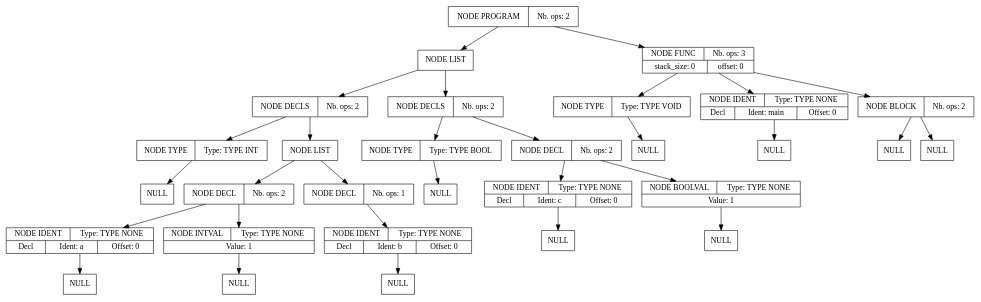
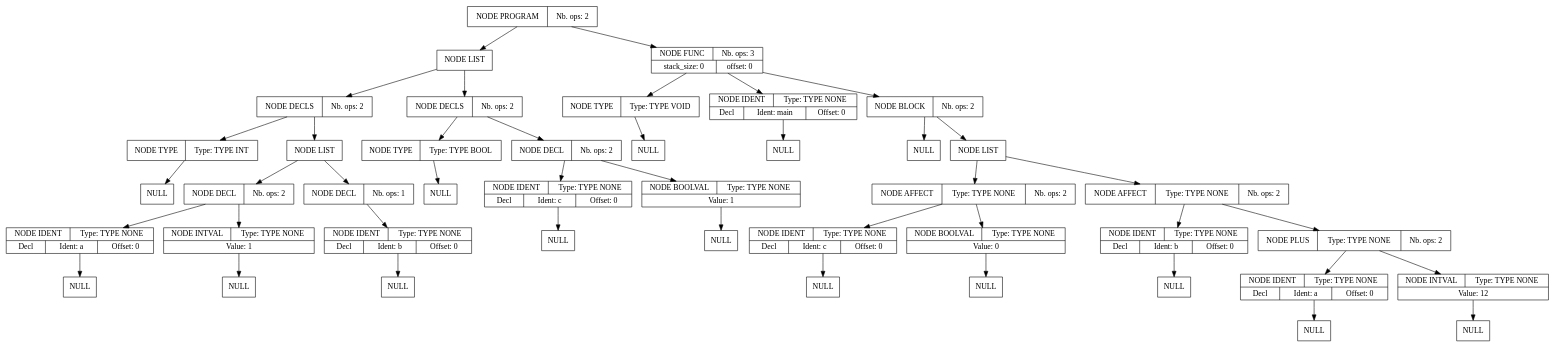
One commit to Harian-Elyoth/CompilateurMiniC changed the diagram in src/arbre_du_program.dot. Above: the diagram before and after it, drawn with Graphviz. The commit also changed 11 other files, not shown here.

```diff
--- a/src/arbre_du_program.dot
+++ b/src/arbre_du_program.dot
@@ -1,90 +1,129 @@
 digraph global_vars {
     N1 [shape=record, label="{{NODE PROGRAM|Nb. ops: 2}}"];
     N2 [shape=record, label="{{NODE LIST}}"];
     N3 [shape=record, label="{{NODE DECLS|Nb. ops: 2}}"];
     N4 [shape=record, label="{{NODE TYPE|Type: TYPE INT}}"];
     N5 [shape=record, label="{{NULL}}"];
     edge[tailclip=true];
     N4 -> N5
     edge[tailclip=true];
     N3 -> N4
     N6 [shape=record, label="{{NODE LIST}}"];
     N7 [shape=record, label="{{NODE DECL|Nb. ops: 2}}"];
     N8 [shape=record, label="{{NODE IDENT|Type: TYPE NONE}|{<decl>Decl      |Ident: a|Offset: 0}}"];
     N9 [shape=record, label="{{NULL}}"];
     edge[tailclip=true];
     N8 -> N9
     edge[tailclip=true];
     N7 -> N8
     N10 [shape=record, label="{{NODE INTVAL|Type: TYPE NONE}|{Value: 1}}"];
     N11 [shape=record, label="{{NULL}}"];
     edge[tailclip=true];
     N10 -> N11
     edge[tailclip=true];
     N7 -> N10
     edge[tailclip=true];
     N6 -> N7
     N12 [shape=record, label="{{NODE DECL|Nb. ops: 1}}"];
     N13 [shape=record, label="{{NODE IDENT|Type: TYPE NONE}|{<decl>Decl      |Ident: b|Offset: 0}}"];
     N14 [shape=record, label="{{NULL}}"];
     edge[tailclip=true];
     N13 -> N14
     edge[tailclip=true];
     N12 -> N13
     edge[tailclip=true];
     N6 -> N12
     edge[tailclip=true];
     N3 -> N6
     edge[tailclip=true];
     N2 -> N3
     N15 [shape=record, label="{{NODE DECLS|Nb. ops: 2}}"];
     N16 [shape=record, label="{{NODE TYPE|Type: TYPE BOOL}}"];
     N17 [shape=record, label="{{NULL}}"];
     edge[tailclip=true];
     N16 -> N17
     edge[tailclip=true];
     N15 -> N16
     N18 [shape=record, label="{{NODE DECL|Nb. ops: 2}}"];
     N19 [shape=record, label="{{NODE IDENT|Type: TYPE NONE}|{<decl>Decl      |Ident: c|Offset: 0}}"];
     N20 [shape=record, label="{{NULL}}"];
     edge[tailclip=true];
     N19 -> N20
     edge[tailclip=true];
     N18 -> N19
     N21 [shape=record, label="{{NODE BOOLVAL|Type: TYPE NONE}|{Value: 1}}"];
     N22 [shape=record, label="{{NULL}}"];
     edge[tailclip=true];
     N21 -> N22
     edge[tailclip=true];
     N18 -> N21
     edge[tailclip=true];
     N15 -> N18
     edge[tailclip=true];
     N2 -> N15
     edge[tailclip=true];
     N1 -> N2
     N23 [shape=record, label="{{NODE FUNC|Nb. ops: 3}|{stack_size: 0|offset: 0}}"];
     N24 [shape=record, label="{{NODE TYPE|Type: TYPE VOID}}"];
     N25 [shape=record, label="{{NULL}}"];
     edge[tailclip=true];
     N24 -> N25
     edge[tailclip=true];
     N23 -> N24
     N26 [shape=record, label="{{NODE IDENT|Type: TYPE NONE}|{<decl>Decl      |Ident: main|Offset: 0}}"];
     N27 [shape=record, label="{{NULL}}"];
     edge[tailclip=true];
     N26 -> N27
     edge[tailclip=true];
     N23 -> N26
     N28 [shape=record, label="{{NODE BLOCK|Nb. ops: 2}}"];
     N29 [shape=record, label="{{NULL}}"];
     edge[tailclip=true];
     N28 -> N29
-    N30 [shape=record, label="{{NULL}}"];
+    N30 [shape=record, label="{{NODE LIST}}"];
+    N31 [shape=record, label="{{NODE AFFECT|Type: TYPE NONE|Nb. ops: 2}}"];
+    N32 [shape=record, label="{{NODE IDENT|Type: TYPE NONE}|{<decl>Decl      |Ident: c|Offset: 0}}"];
+    N33 [shape=record, label="{{NULL}}"];
+    edge[tailclip=true];
+    N32 -> N33
+    edge[tailclip=true];
+    N31 -> N32
+    N34 [shape=record, label="{{NODE BOOLVAL|Type: TYPE NONE}|{Value: 0}}"];
+    N35 [shape=record, label="{{NULL}}"];
+    edge[tailclip=true];
+    N34 -> N35
+    edge[tailclip=true];
+    N31 -> N34
+    edge[tailclip=true];
+    N30 -> N31
+    N36 [shape=record, label="{{NODE AFFECT|Type: TYPE NONE|Nb. ops: 2}}"];
+    N37 [shape=record, label="{{NODE IDENT|Type: TYPE NONE}|{<decl>Decl      |Ident: b|Offset: 0}}"];
+    N38 [shape=record, label="{{NULL}}"];
+    edge[tailclip=true];
+    N37 -> N38
+    edge[tailclip=true];
+    N36 -> N37
+    N39 [shape=record, label="{{NODE PLUS|Type: TYPE NONE|Nb. ops: 2}}"];
+    N40 [shape=record, label="{{NODE IDENT|Type: TYPE NONE}|{<decl>Decl      |Ident: a|Offset: 0}}"];
+    N41 [shape=record, label="{{NULL}}"];
+    edge[tailclip=true];
+    N40 -> N41
+    edge[tailclip=true];
+    N39 -> N40
+    N42 [shape=record, label="{{NODE INTVAL|Type: TYPE NONE}|{Value: 12}}"];
+    N43 [shape=record, label="{{NULL}}"];
+    edge[tailclip=true];
+    N42 -> N43
+    edge[tailclip=true];
+    N39 -> N42
+    edge[tailclip=true];
+    N36 -> N39
+    edge[tailclip=true];
+    N30 -> N36
     edge[tailclip=true];
     N28 -> N30
     edge[tailclip=true];
     N23 -> N28
     edge[tailclip=true];
     N1 -> N23
 }
```
